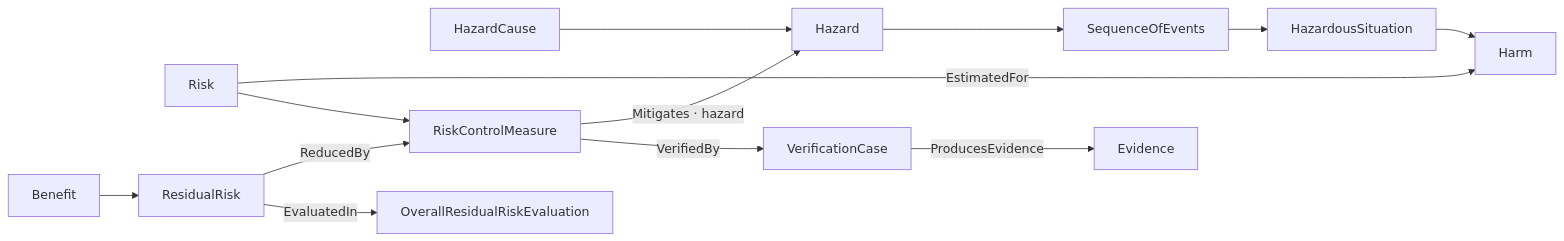
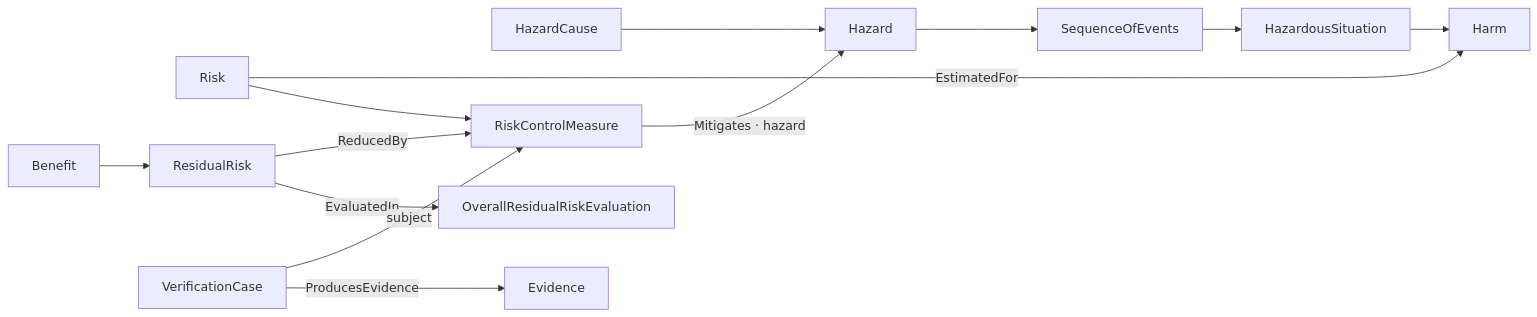
One commit to memoarchitect/memo changed the diagram in docs/layers/risk-assurance.md. Above: the diagram before and after it, drawn with Mermaid. The commit also changed other lines of this file and 9 other files, not shown here.

````diff
--- a/docs/layers/risk-assurance.md
+++ b/docs/layers/risk-assurance.md
@@ -25,15 +25,15 @@
 ```mermaid
 flowchart LR
     Cause[HazardCause] --> Hazard[Hazard]
     Hazard --> Events[SequenceOfEvents]
     Events --> Situation[HazardousSituation]
     Situation --> Harm[Harm]
     Risk[Risk] -->|EstimatedFor| Harm
     Control[RiskControlMeasure] -->|Mitigates · hazard| Hazard
     Risk --> Control
     Residual[ResidualRisk] -->|ReducedBy| Control
     Residual -->|EvaluatedIn| Overall[OverallResidualRiskEvaluation]
     Benefit[Benefit] --> Residual
-    Control -->|VerifiedBy| Test[VerificationCase]
+    Test[VerificationCase] -->|subject| Control
     Test -->|ProducesEvidence| Evidence[Evidence]
 ```
````
